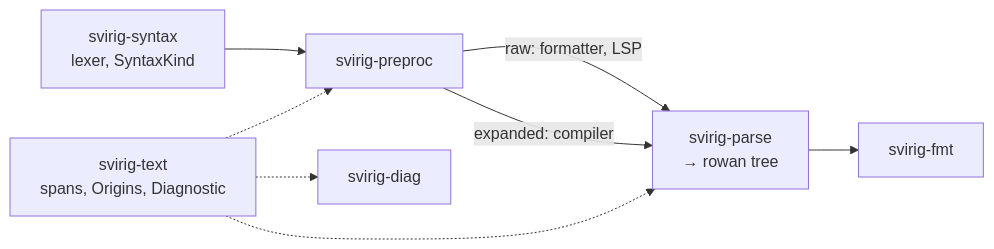
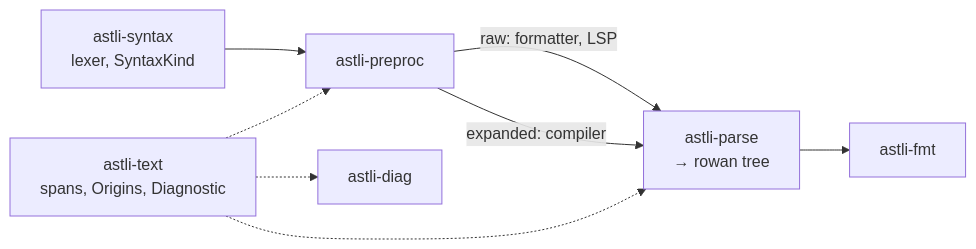
One commit to fischeti/astli changed the diagram in docs/plan.md. Above: the diagram before and after it, drawn with Mermaid. The commit also changed other lines of this file and 476 other files, not shown here.

````diff
--- a/docs/plan.md
+++ b/docs/plan.md
@@ -39,8 +40,8 @@
 ```mermaid
 flowchart LR
-    syntax["svirig-syntax<br>lexer, SyntaxKind"] --> preproc["svirig-preproc"]
-    preproc -->|raw: formatter, LSP| parse["svirig-parse<br>→ rowan tree"]
+    syntax["astli-syntax<br>lexer, SyntaxKind"] --> preproc["astli-preproc"]
+    preproc -->|raw: formatter, LSP| parse["astli-parse<br>→ rowan tree"]
     preproc -->|expanded: compiler| parse
-    parse --> fmt["svirig-fmt"]
-    text["svirig-text<br>spans, Origins, Diagnostic"] -.-> preproc & parse & diag["svirig-diag"]
+    parse --> fmt["astli-fmt"]
+    text["astli-text<br>spans, Origins, Diagnostic"] -.-> preproc & parse & diag["astli-diag"]
 ```
````
